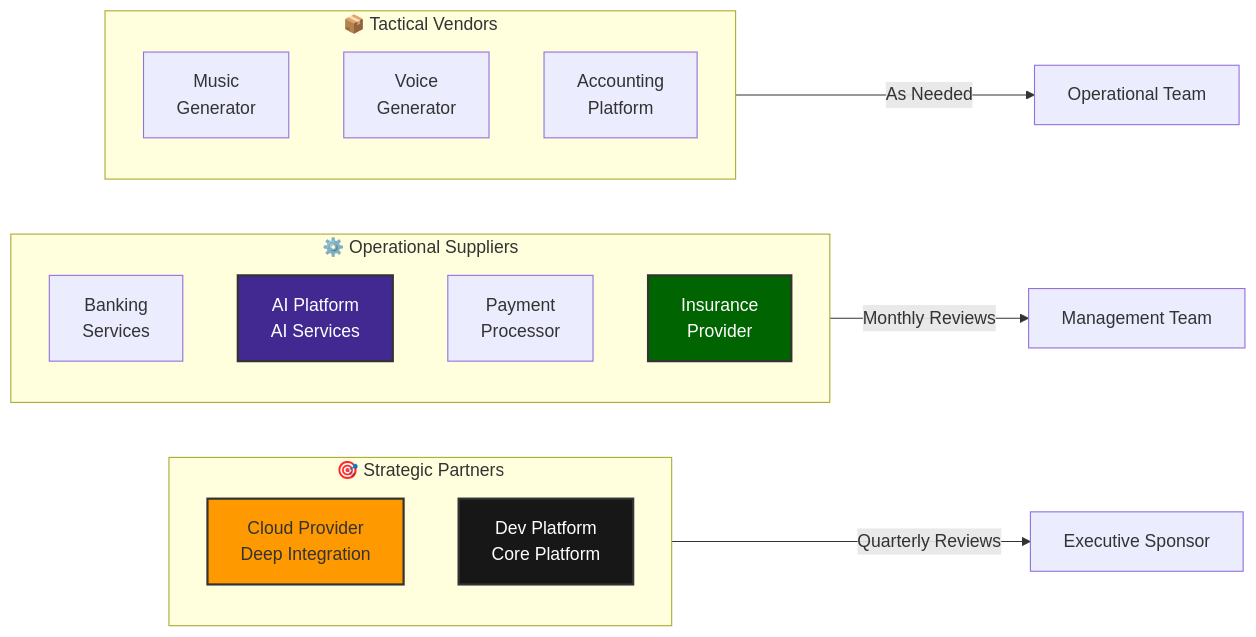
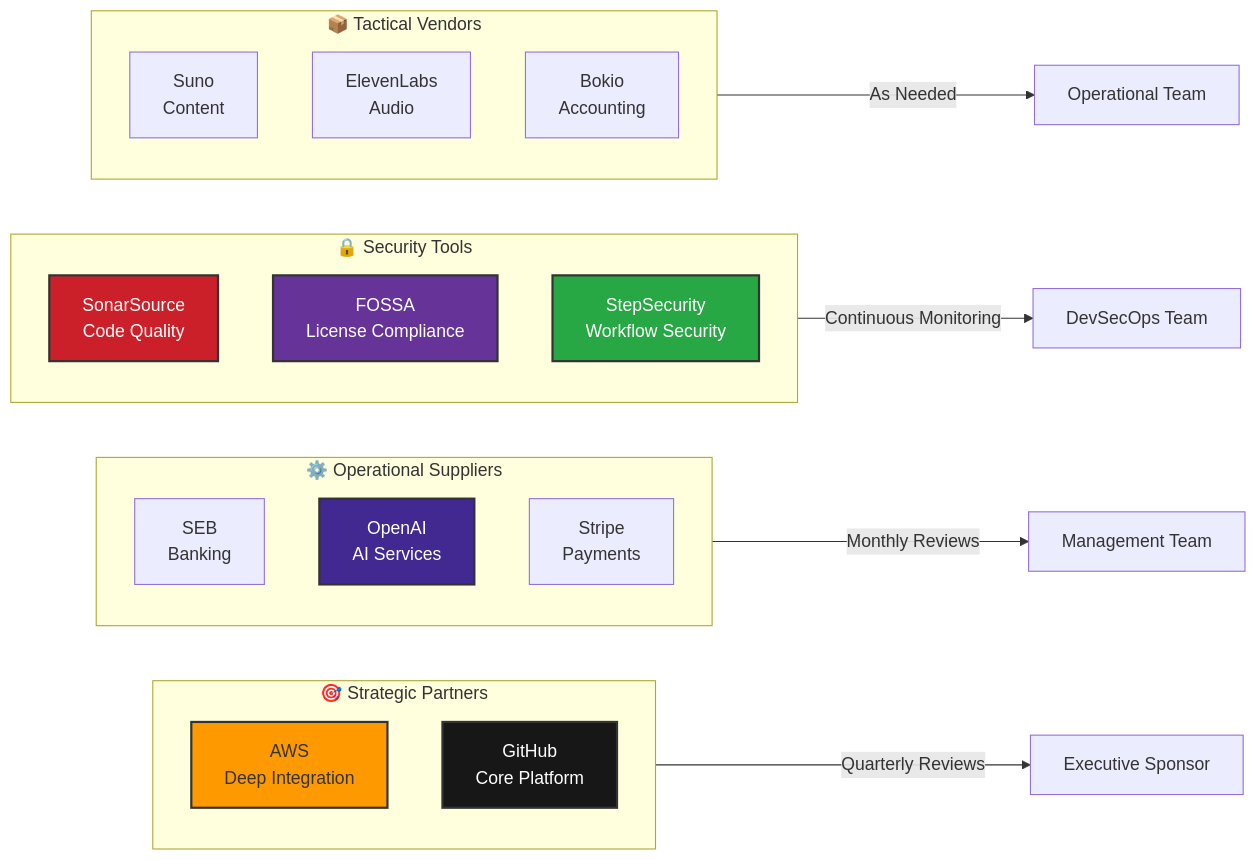
One commit to Hack23/ISMS-PUBLIC changed the fifth of 5 diagrams in SUPPLIER.md. Above: the diagram before and after it, drawn with Mermaid. The commit also changed other lines of this file, not shown here.

````diff
--- a/SUPPLIER.md
+++ b/SUPPLIER.md
@@ -344,29 +414,37 @@
 ```mermaid
 graph LR
     subgraph Strategic["🎯 Strategic Partners"]
-        CP[Cloud Provider<br/>Deep Integration]
-        DP[Dev Platform<br/>Core Platform]
+        AWS[AWS<br/>Deep Integration]
+        GitHub[GitHub<br/>Core Platform]
     end
     
     subgraph Operational["⚙️ Operational Suppliers"]
-        BS[Banking<br/>Services]
-        AI[AI Platform<br/>AI Services]
-        PP[Payment<br/>Processor]
-        IP[Insurance<br/>Provider]
+        SEB[SEB<br/>Banking]
+        OpenAI[OpenAI<br/>AI Services]
+        Stripe[Stripe<br/>Payments]
+    end
+    
+    subgraph Security["🔒 Security Tools"]
+        SonarSource[SonarSource<br/>Code Quality]
+        FOSSA[FOSSA<br/>License Compliance]
+        StepSecurity[StepSecurity<br/>Workflow Security]
     end
     
     subgraph Tactical["📦 Tactical Vendors"]
-        MG[Music<br/>Generator]
-        VG[Voice<br/>Generator]
-        AP[Accounting<br/>Platform]
+        Suno[Suno<br/>Content]
+        ElevenLabs[ElevenLabs<br/>Audio]
+        Bokio[Bokio<br/>Accounting]
     end
     
     Strategic -->|Quarterly Reviews| Executive[Executive Sponsor]
     Operational -->|Monthly Reviews| Management[Management Team]
+    Security -->|Continuous Monitoring| DevSecOps[DevSecOps Team]
     Tactical -->|As Needed| Operational_Team[Operational Team]
     
-    style CP fill:#ff9900,stroke:#333,stroke-width:2px
-    style DP fill:#181717,stroke:#333,stroke-width:2px,color:#fff
-    style AI fill:#412991,stroke:#333,stroke-width:2px,color:#fff
-    style IP fill:#006400,stroke:#333,stroke-width:2px,color:#fff
+    style AWS fill:#ff9900,stroke:#333,stroke-width:2px
+    style GitHub fill:#181717,stroke:#333,stroke-width:2px,color:#fff
+    style OpenAI fill:#412991,stroke:#333,stroke-width:2px,color:#fff
+    style SonarSource fill:#CB2029,stroke:#333,stroke-width:2px,color:#fff
+    style FOSSA fill:#663399,stroke:#333,stroke-width:2px,color:#fff
+    style StepSecurity fill:#28a745,stroke:#333,stroke-width:2px,color:#fff
 ```
````
